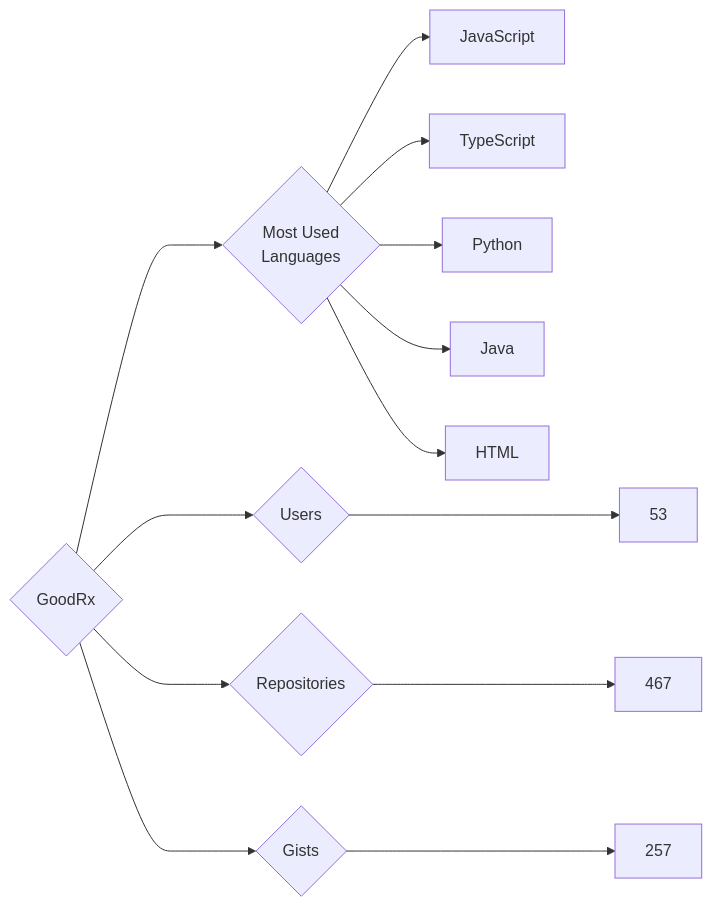
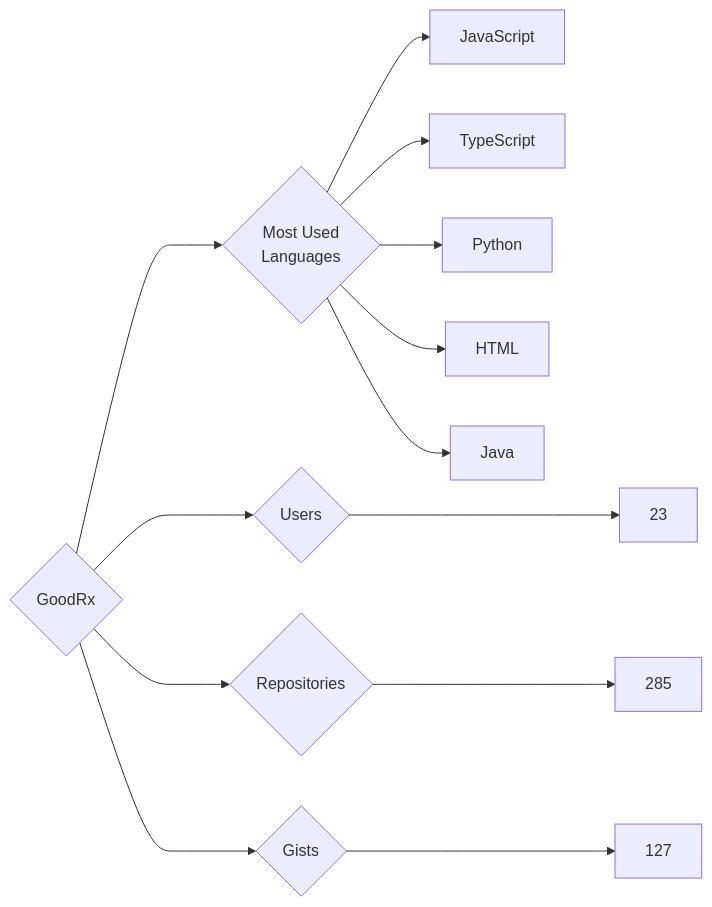
Before and after one commit to trickest/insiders: the diagram in targets/GoodRx/README.md, drawn with Mermaid. The commit also changed 681 other files, not shown here.

````diff
--- a/targets/GoodRx/README.md
+++ b/targets/GoodRx/README.md
@@ -3,13 +3,13 @@
 ```mermaid
 graph LR
 COMPANY_NAME{GoodRx}
-COMPANY_NAME ---> U{Users} ---> UN[53]
-COMPANY_NAME ---> R{Repositories} ---> RN[467]
-COMPANY_NAME ---> G{Gists} ---> GN[257]
+COMPANY_NAME ---> U{Users} ---> UN[23]
+COMPANY_NAME ---> R{Repositories} ---> RN[285]
+COMPANY_NAME ---> G{Gists} ---> GN[127]
 COMPANY_NAME ---> ML{Most Used<br>Languages}
 ML --> JavaScript[JavaScript]
 ML --> TypeScript[TypeScript]
 ML --> Python[Python]
+ML --> HTML[HTML]
 ML --> Java[Java]
-ML --> HTML[HTML]
 ```
````
